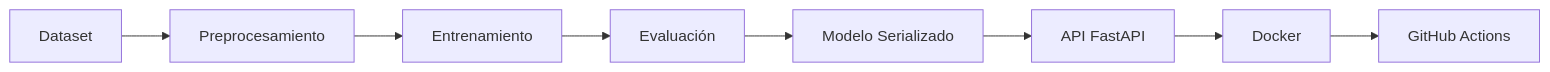
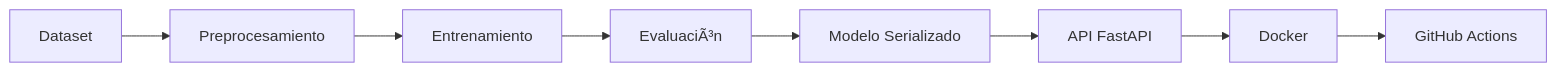
The second of 4 diagrams in README.md (turbogarypleto/prediccion_obesidad_mlops), drawn with Mermaid before and after one commit. The commit also changed other lines of this file, not shown here.

````diff
--- a/README.md
+++ b/README.md
@@ -101,10 +101,10 @@
 ```mermaid
 flowchart LR
     A[Dataset] --> B[Preprocesamiento]
     B --> C[Entrenamiento]
-    C --> D[Evaluación]
+    C --> D[EvaluaciÃ³n]
     D --> E[Modelo Serializado]
     E --> F[API FastAPI]
     F --> G[Docker]
     G --> H[GitHub Actions]
 ```
````
